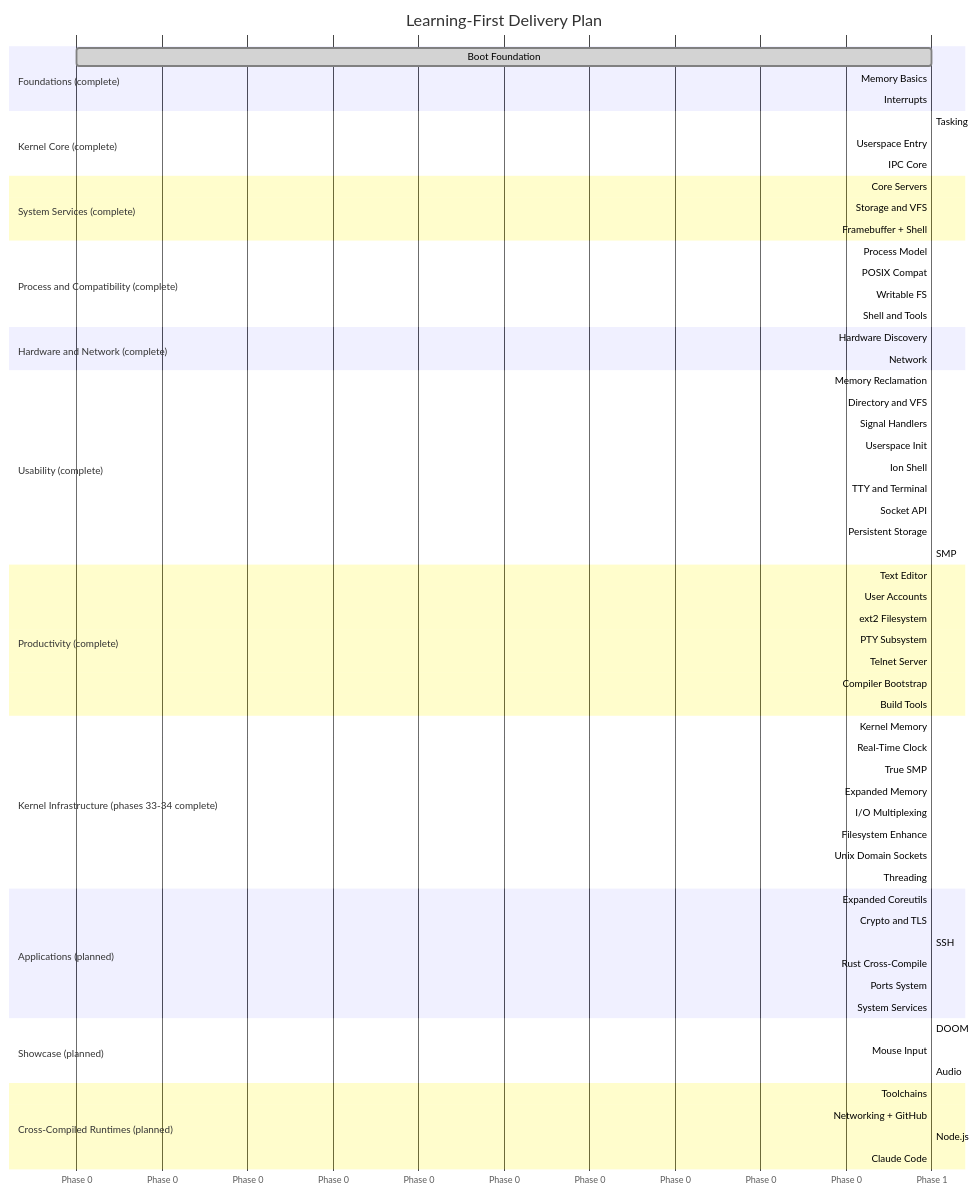
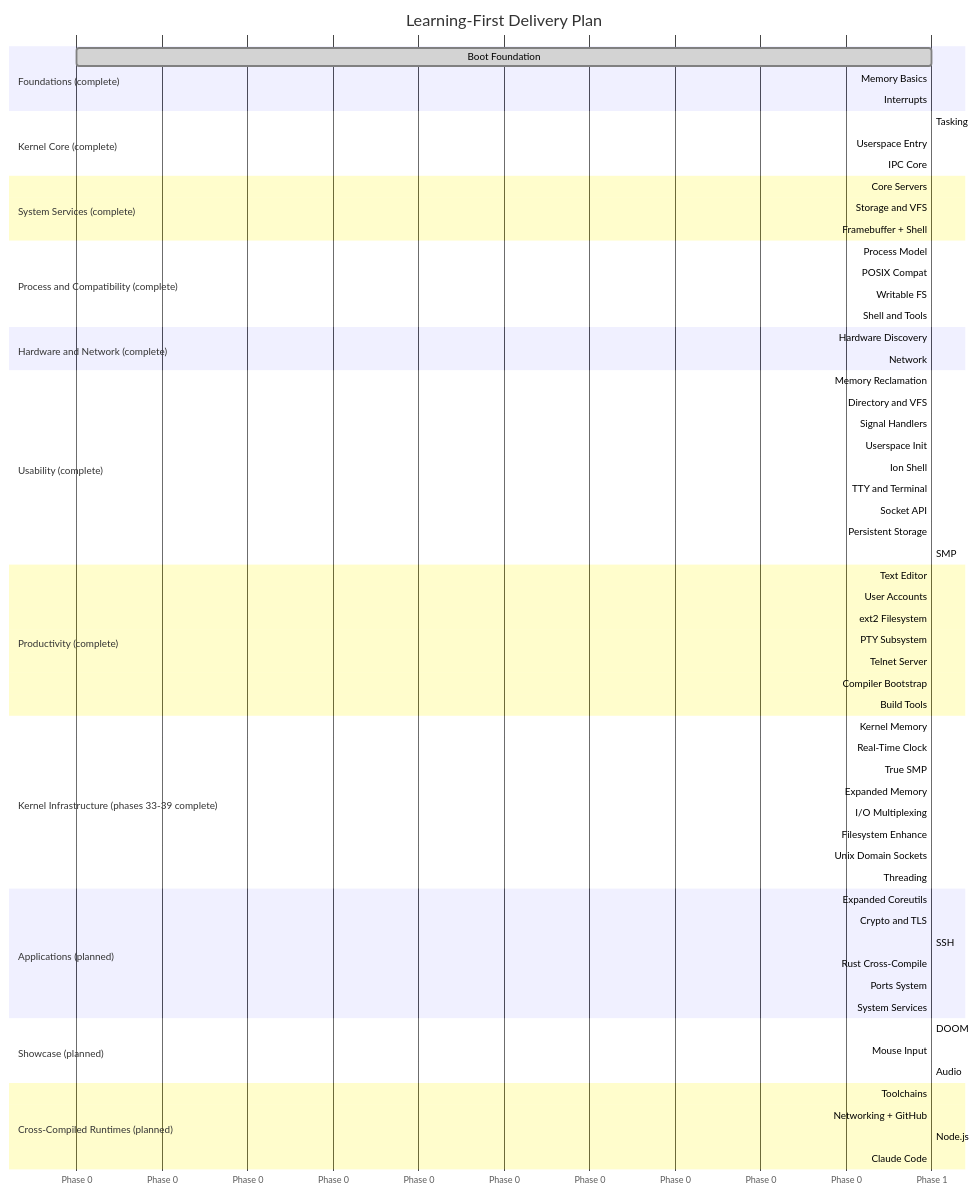
The second of 2 diagrams in docs/roadmap/README.md (mikecubed/m3OS), drawn with Mermaid before and after one commit. The commit also changed other lines of this file and 1 other file, not shown here.

Commit message:
docs: update READMEs for Phase 39 completion (#74)

````diff
--- a/docs/roadmap/README.md
+++ b/docs/roadmap/README.md
@@ -250,80 +250,80 @@
 ```mermaid
 gantt
     title Learning-First Delivery Plan
     dateFormat X
     axisFormat Phase %s
 
     section Foundations (complete)
     Boot Foundation      :done, p1, 0, 1
     Memory Basics        :done, p2, after p1, 1
     Interrupts           :done, p3, after p1, 1
 
     section Kernel Core (complete)
     Tasking              :done, p4, after p2, 1
     Userspace Entry      :done, p5, after p4, 1
     IPC Core             :done, p6, after p5, 1
 
     section System Services (complete)
     Core Servers         :done, p7, after p6, 1
     Storage and VFS      :done, p8, after p7, 1
     Framebuffer + Shell  :done, p9, after p8, 1
 
     section Process and Compatibility (complete)
     Process Model        :done, p11, after p9, 1
     POSIX Compat         :done, p12, after p11, 1
     Writable FS          :done, p13, after p8, 1
     Shell and Tools      :done, p14, after p12, 1
 
     section Hardware and Network (complete)
     Hardware Discovery   :done, p15, after p3, 1
     Network              :done, p16, after p15, 1
 
     section Usability (complete)
     Memory Reclamation   :done, p17, after p14, 1
     Directory and VFS    :done, p18, after p17, 1
     Signal Handlers      :done, p19, after p18, 1
     Userspace Init       :done, p20, after p19, 1
     Ion Shell            :done, p21, after p20, 1
     TTY and Terminal     :done, p22, after p21, 1
     Socket API           :done, p23, after p22, 1
     Persistent Storage   :done, p24, after p18, 1
     SMP                  :done, p25, after p17, 1
 
     section Productivity (complete)
     Text Editor          :done, p26, after p24, 1
     User Accounts        :done, p27, after p26, 1
     ext2 Filesystem      :done, p28, after p27, 1
     PTY Subsystem        :done, p29, after p27, 1
     Telnet Server        :done, p30, after p29, 1
     Compiler Bootstrap   :done, p31, after p26, 1
     Build Tools          :done, p32, after p31, 1
 
-    section Kernel Infrastructure (phases 33-34 complete)
+    section Kernel Infrastructure (phases 33-39 complete)
     Kernel Memory        :done, p33, after p25, 1
     Real-Time Clock      :done, p34, after p15, 1
-    True SMP             :p35, after p33, 1
-    Expanded Memory      :p36, after p33, 1
-    I/O Multiplexing     :p37, after p35, 1
-    Filesystem Enhance   :p38, after p28, 1
-    Unix Domain Sockets  :p39, after p38, 1
+    True SMP             :done, p35, after p33, 1
+    Expanded Memory      :done, p36, after p33, 1
+    I/O Multiplexing     :done, p37, after p35, 1
+    Filesystem Enhance   :done, p38, after p28, 1
+    Unix Domain Sockets  :done, p39, after p38, 1
     Threading            :p40, after p35, 1
 
     section Applications (planned)
     Expanded Coreutils   :p41, after p38, 1
     Crypto and TLS       :p42, after p31, 1
     SSH                  :p43, after p42, 1
     Rust Cross-Compile   :p44, after p24, 1
     Ports System         :p45, after p41, 1
     System Services      :p46, after p39, 1
 
     section Showcase (planned)
     DOOM                 :p47, after p24, 1
     Mouse Input          :p48, after p47, 1
     Audio                :p49, after p47, 1
 
     section Cross-Compiled Runtimes (planned)
     Toolchains           :p50, after p36, 1
     Networking + GitHub  :p51, after p50, 1
     Node.js              :p52, after p51, 1
     Claude Code          :p53, after p52, 1
 ```
````
